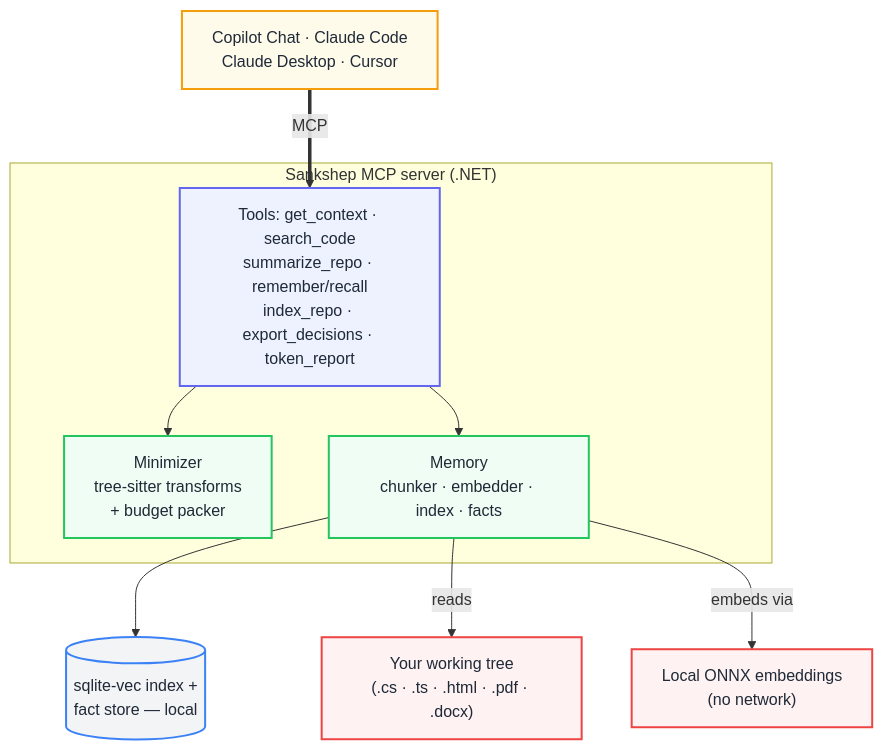
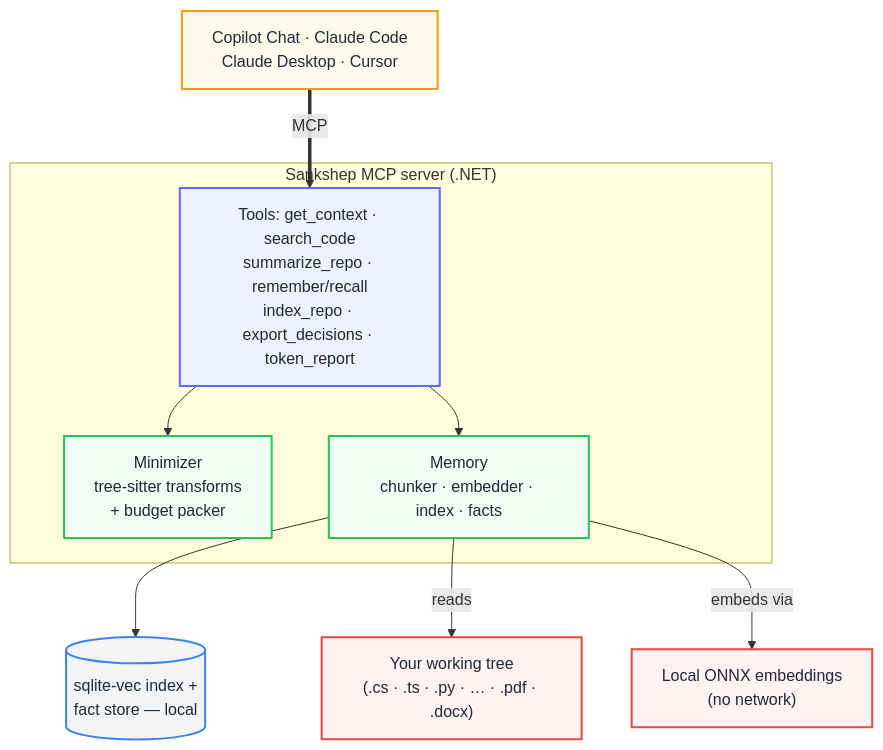
One commit to nitinpawar28/sankshep-docs changed the fifth of 7 diagrams in docs/how-it-works.md. Above: the diagram before and after it, drawn with Mermaid. The commit also changed other lines of this file and 16 other files, not shown here.

````diff
--- a/docs/how-it-works.md
+++ b/docs/how-it-works.md
@@ -176,27 +176,27 @@
 ```mermaid
 flowchart TB
     classDef client fill:#fffbeb,stroke:#f59e0b,stroke-width:2px,color:#1f2937
     classDef server fill:#eef2ff,stroke:#6366f1,stroke-width:2px,color:#1f2937
     classDef engine fill:#f0fdf4,stroke:#22c55e,stroke-width:2px,color:#1f2937
     classDef store fill:#f3f4f6,stroke:#3b82f6,stroke-width:2px,color:#1f2937
     classDef ext fill:#fef2f2,stroke:#ef4444,stroke-width:2px,color:#1f2937
 
     IDE["Copilot Chat · Claude Code<br/>Claude Desktop · Cursor"]:::client
 
     subgraph Sankshep["Sankshep MCP server (.NET)"]
         Tools["Tools: get_context · search_code<br/>summarize_repo · remember/recall<br/>index_repo · export_decisions · token_report"]:::server
         Min["Minimizer<br/>tree-sitter transforms<br/>+ budget packer"]:::engine
         Mem["Memory<br/>chunker · embedder · index · facts"]:::engine
     end
 
     Vec[("sqlite-vec index +<br/>fact store — local")]:::store
-    Repo["Your working tree<br/>(.cs · .ts · .html · .pdf · .docx)"]:::ext
+    Repo["Your working tree<br/>(.cs · .ts · .py · … · .pdf · .docx)"]:::ext
     ONNX["Local ONNX embeddings<br/>(no network)"]:::ext
 
     IDE ==>|MCP| Tools
     Tools --> Min
     Tools --> Mem
     Mem --> Vec
     Mem -->|reads| Repo
     Mem -->|embeds via| ONNX
 ```
````
